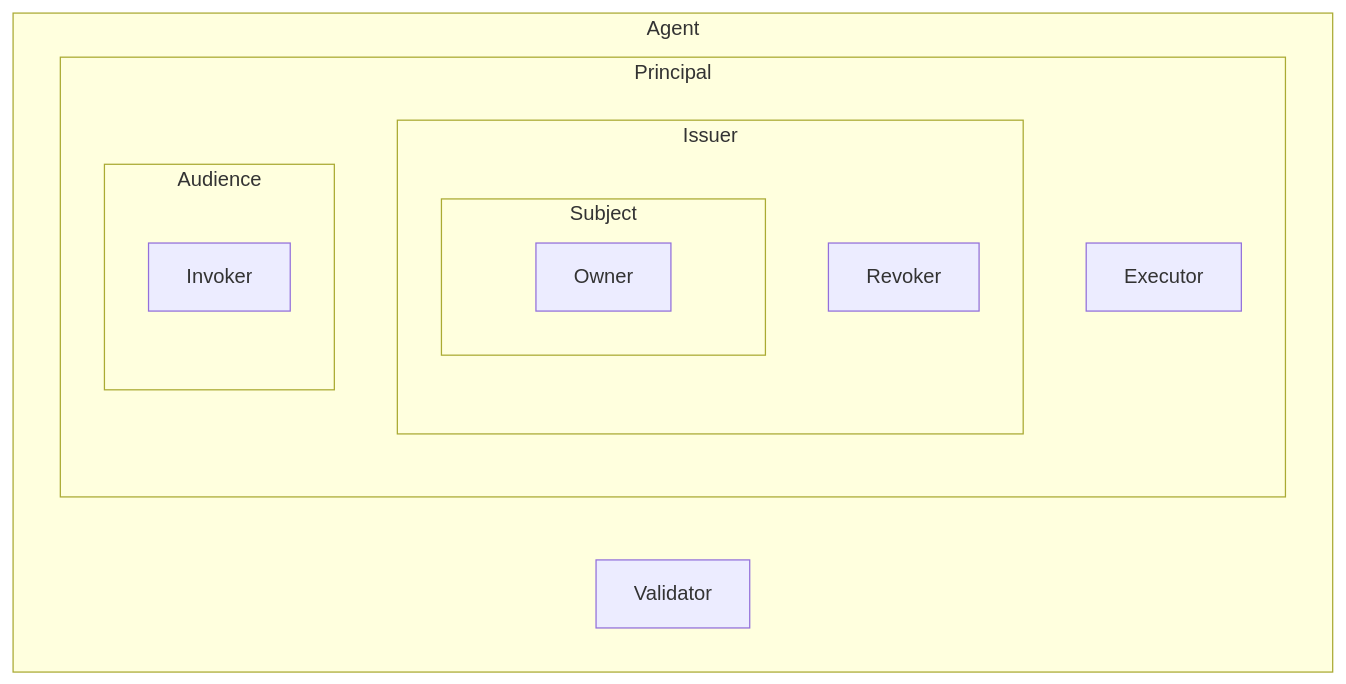
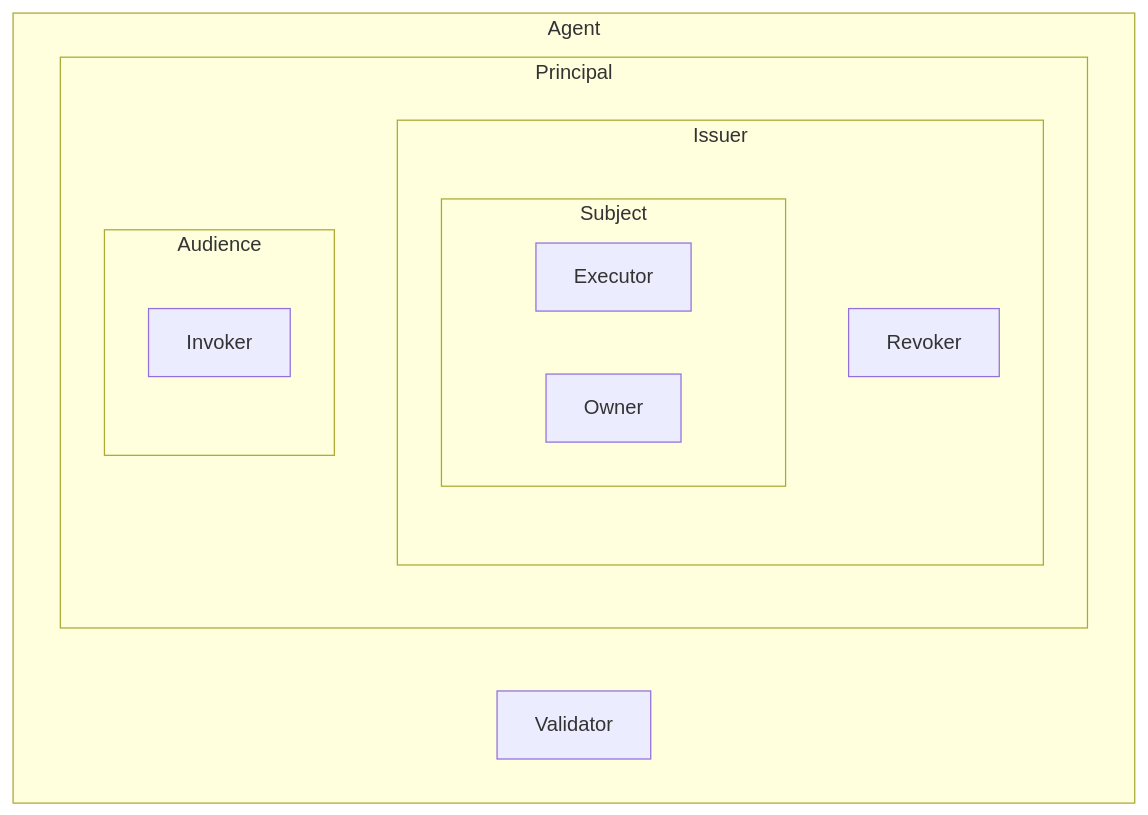
One commit to michielbdejong/spec changed the third of 5 diagrams in README.md. Above: the diagram before and after it, drawn with Mermaid. The commit also changed other lines of this file, not shown here.

````diff
--- a/README.md
+++ b/README.md
@@ -204,26 +199,25 @@
 ``` mermaid
 flowchart TD
     subgraph Agent
         subgraph Principal
             direction TB
 
             subgraph Issuer
                 direction TB
                 
                 subgraph Subject
-                  Owner
+                    Executor
+                    Owner
                 end
 
                 Revoker
             end
 
             subgraph Audience
                 Invoker
             end
-
-            Executor
         end
 
         Validator
     end
 ```
````
